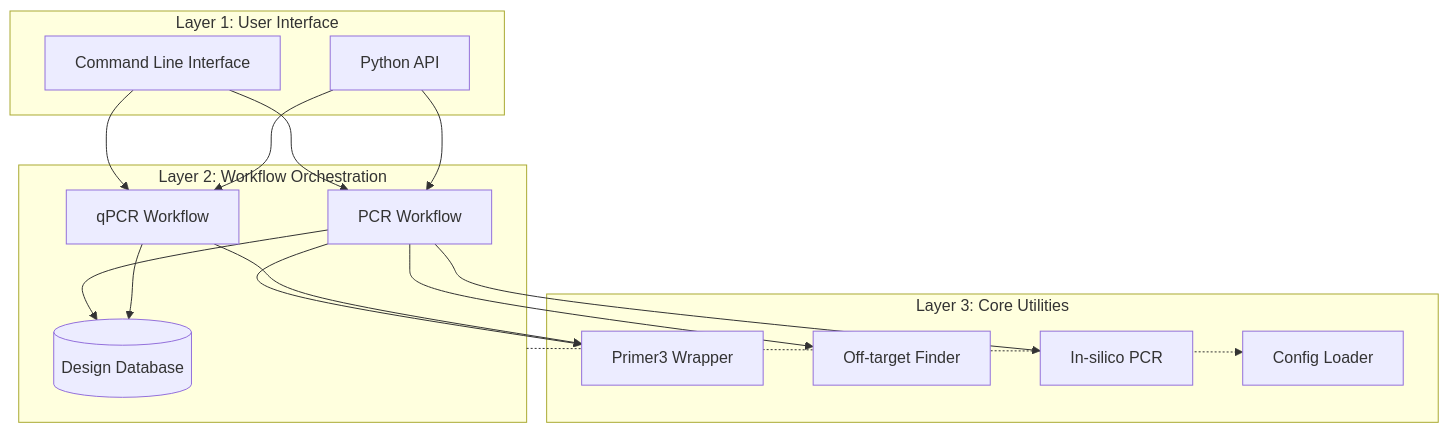
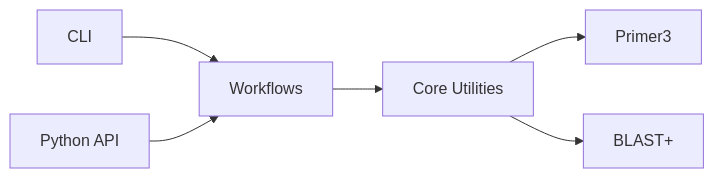
The diagram in docs/index.md (engkinandatama/primerlab-genomic), drawn with Mermaid before and after one commit. The commit also changed other lines of this file and 69 other files, not shown here.

````diff
--- a/docs/index.md
+++ b/docs/index.md
@@ -31,36 +96,8 @@
 ```mermaid
-graph TD
-    subgraph L1[Layer 1: User Interface]
-        CLI[Command Line Interface]
-        API[Python API]
-    end
-
-    subgraph L2[Layer 2: Workflow Orchestration]
-        PCR[PCR Workflow]
-        QPCR[qPCR Workflow]
-        DB[(Design Database)]
-    end
-
-    subgraph L3[Layer 3: Core Utilities]
-        P3[Primer3 Wrapper]
-        BLAST[Off-target Finder]
-        Insilico[In-silico PCR]
-        Config[Config Loader]
-    end
-
-    CLI --> PCR
-    CLI --> QPCR
-    API --> PCR
-    API --> QPCR
-    
-    PCR --> P3
-    QPCR --> P3
-    
-    PCR --> BLAST
-    PCR --> Insilico
-    
-    PCR --> DB
-    QPCR --> DB
-    
-    L2 -.-> Config
+graph LR
+    CLI[CLI] --> Workflow[Workflows]
+    API[Python API] --> Workflow
+    Workflow --> Core[Core Utilities]
+    Core --> P3[Primer3]
+    Core --> BLAST[BLAST+]
 ```
````
